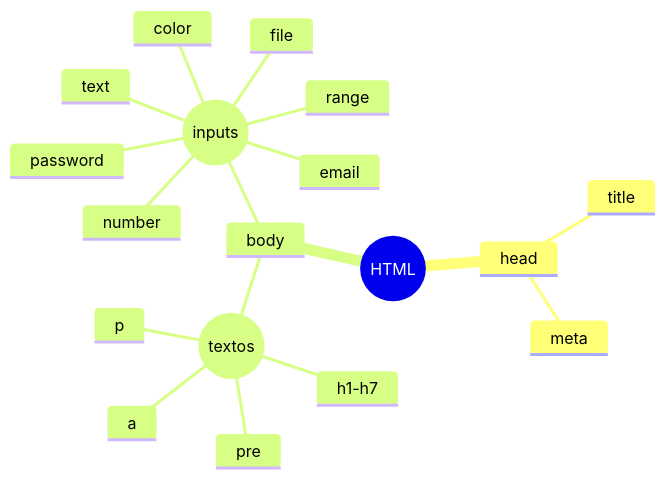
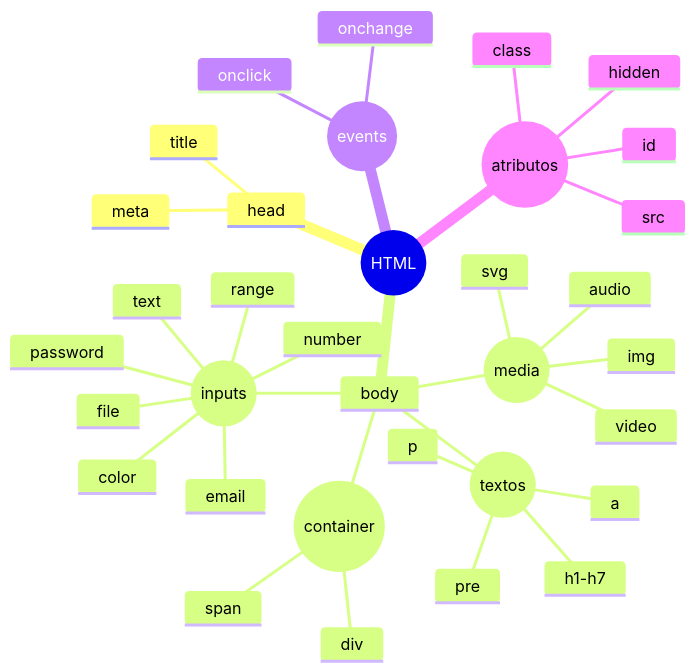
Before and after one commit to Cristian727/Mapa-mental-de-materias: the diagram in mindmao.md, drawn with Mermaid.

Commit message:
HTML resumen de lo que hemos visto

````diff
--- a/mindmao.md
+++ b/mindmao.md
@@ -1,23 +1,39 @@
 ```mermaid
 mindmap
 root((HTML))
     head
         title
         meta
     body
      ((textos))
        h1-h7
        p
        pre
        a
      ((inputs))
         text
         password
         number
         range
         email
         color
         file
+     ((media))
+        img
+        video
+        audio
+        svg
+     ((container))
+        span
+        div
+    ((events))
+        onclick
+        onchange
+    ((atributos))
+        id
+        class
+        src
+        hidden
 
     
 ```
````
